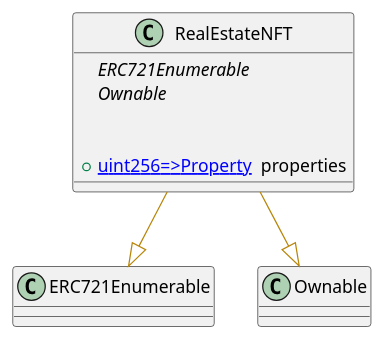
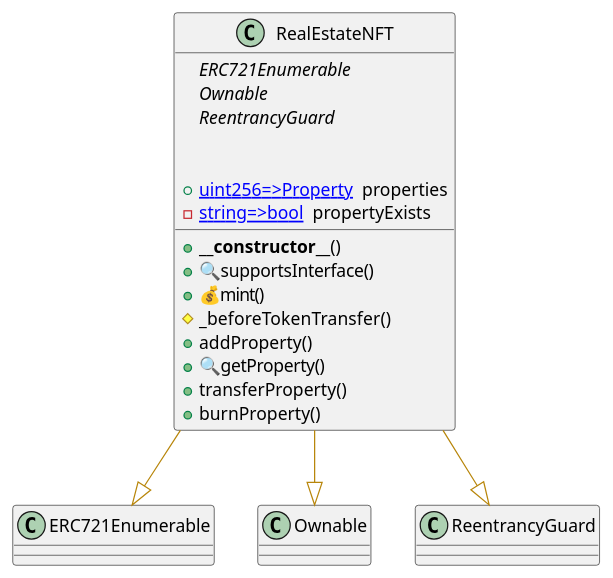
Before and after one commit to Fjames0578/LTV_Capstone_Project: the diagram in @startuml.wsd, drawn with PlantUML. The commit also changed 6 other files, not shown here.

```diff
--- a/@startuml.wsd
+++ b/@startuml.wsd
@@ -1,29 +1,40 @@
 @startuml
 ' -- generated by: https://marketplace.visualstudio.com/items?itemName=tintinweb.solidity-visual-auditor
 '
 ' -- for auto-render install: https://marketplace.visualstudio.com/items?itemName=jebbs.plantuml
 ' -- options --
 
 
 
 ' -- classes --
 
 
 class RealEstateNFT {
     ' -- inheritance --
 	{abstract}ERC721Enumerable
 	{abstract}Ownable
+	{abstract}ReentrancyGuard
 
     ' -- usingFor --
 
     ' -- vars --
 	+[[mapping uint256=>Property ]] properties
+	-[[mapping string=>bool ]] propertyExists
 
     ' -- methods --
+	+**__constructor__**()
+	+🔍supportsInterface()
+	+💰mint()
+	#_beforeTokenTransfer()
+	+addProperty()
+	+🔍getProperty()
+	+transferProperty()
+	+burnProperty()
 
 }
 ' -- inheritance / usingFor --
 RealEstateNFT --[#DarkGoldenRod]|> ERC721Enumerable
 RealEstateNFT --[#DarkGoldenRod]|> Ownable
+RealEstateNFT --[#DarkGoldenRod]|> ReentrancyGuard
 
 @enduml
```
